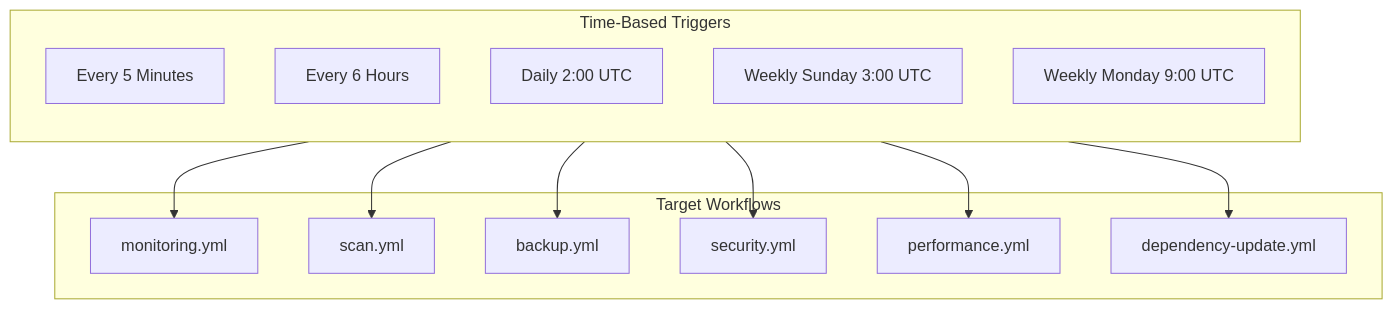
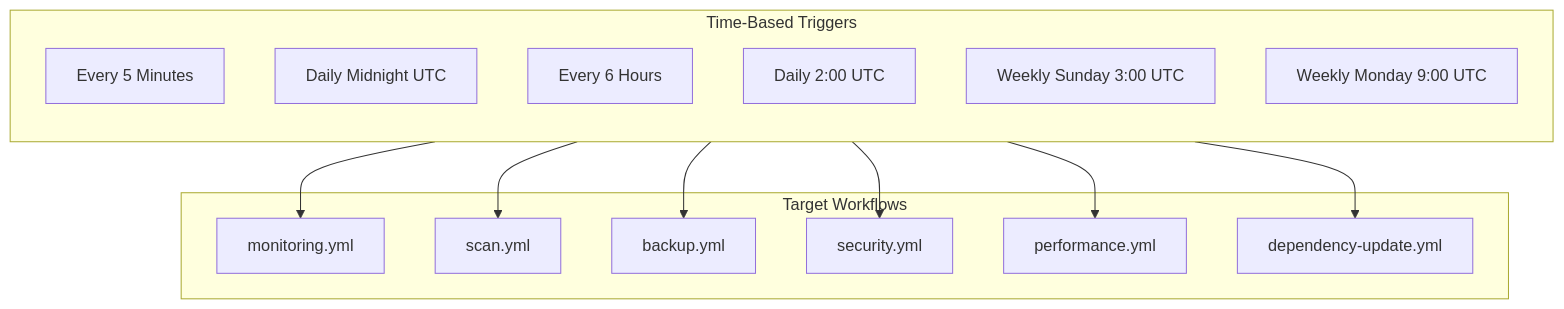
The ninth of 18 diagrams in docs/ref/WORKFLOW_ARCHITECTURE.md (shrwnsan/claude-marketplace-registry), drawn with Mermaid before and after one commit. The commit also changed other lines of this file and 9 other files, not shown here.

````diff
--- a/docs/ref/WORKFLOW_ARCHITECTURE.md
+++ b/docs/ref/WORKFLOW_ARCHITECTURE.md
@@ -419,27 +443,28 @@
 ```mermaid
 graph TB
     subgraph "Time-Based Triggers"
         direction TB
         MIN_5["Every 5 Minutes"]
+        MIDNIGHT["Daily Midnight UTC"]
         HOUR_6["Every 6 Hours"]
         DAY_2["Daily 2:00 UTC"]
         WEEK_SUN["Weekly Sunday 3:00 UTC"]
         WEEK_MON["Weekly Monday 9:00 UTC"]
     end
 
     subgraph "Target Workflows"
         MONITOR[monitoring.yml]
         SCAN[scan.yml]
         BACKUP[backup.yml]
         SEC[security.yml]
         PERF[performance.yml]
         DEPS[dependency-update.yml]
     end
 
     MIN_5 --> MONITOR
-    HOUR_6 --> SCAN
+    MIDNIGHT --> SCAN
     HOUR_6 --> BACKUP
     DAY_2 --> SEC
     WEEK_SUN --> PERF
     WEEK_MON --> DEPS
 ```
````
